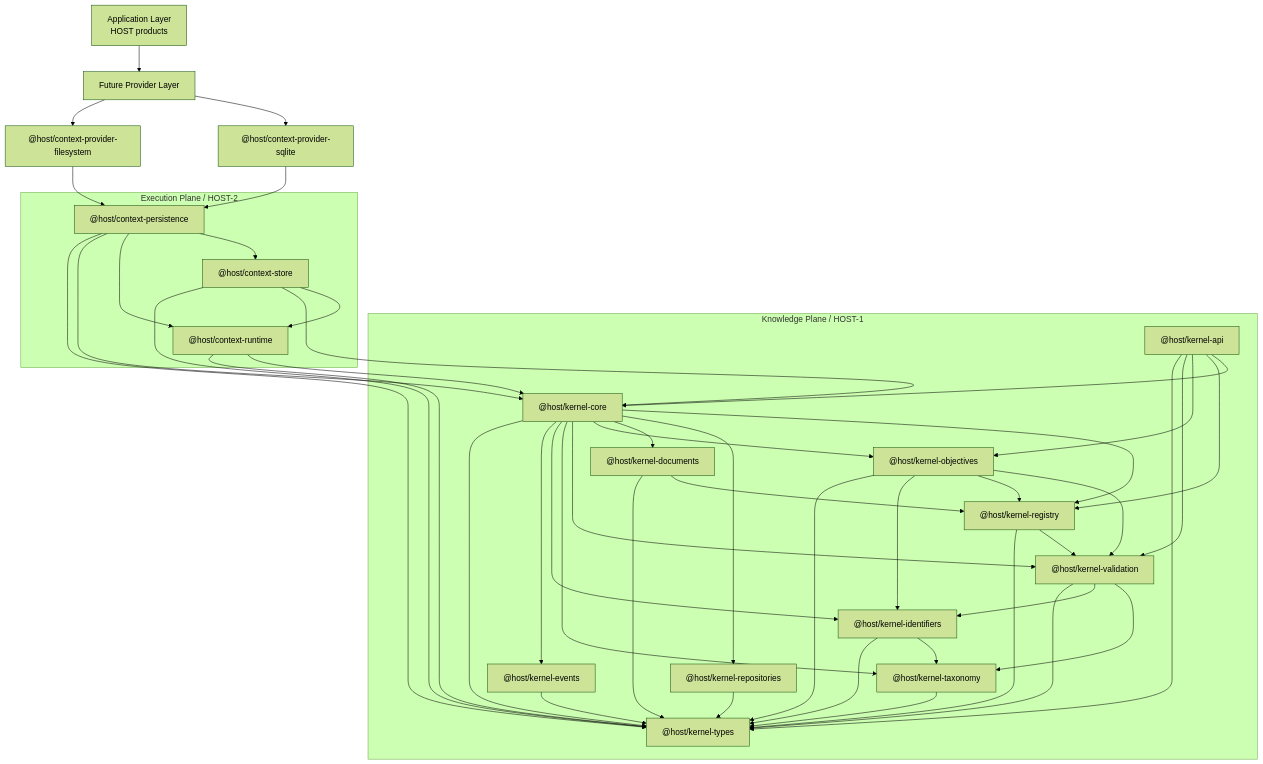
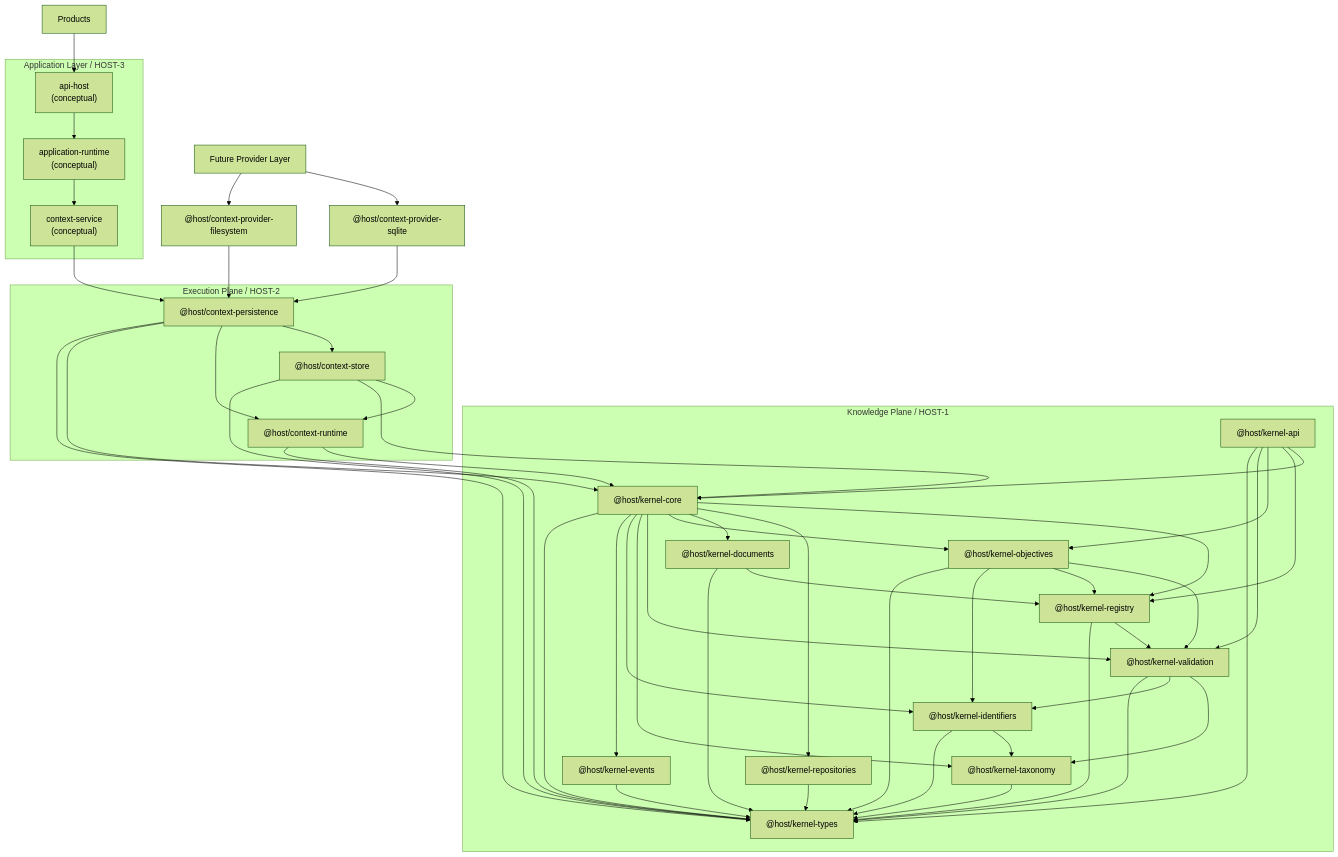
One commit to captjreacher/HOST-kernel changed the diagram in docs/architecture/package-dependency-graph.md. Above: the diagram before and after it, drawn with Mermaid (forest theme). The commit also changed other lines of this file and 9 other files, not shown here.

Commit message:
docs: establish HOST-3 application layer architecture baseline

````diff
--- a/docs/architecture/package-dependency-graph.md
+++ b/docs/architecture/package-dependency-graph.md
@@ -3,72 +3,80 @@
 ```mermaid
 graph TD
   subgraph Knowledge["Knowledge Plane / HOST-1"]
   KTypes["@host/kernel-types"]
   KEvents["@host/kernel-events"]
   KIdentifiers["@host/kernel-identifiers"]
   KTaxonomy["@host/kernel-taxonomy"]
   KValidation["@host/kernel-validation"]
   KObjectives["@host/kernel-objectives"]
   KDocuments["@host/kernel-documents"]
   KRepositories["@host/kernel-repositories"]
   KRegistry["@host/kernel-registry"]
   KCore["@host/kernel-core"]
   KApi["@host/kernel-api"]
   end
 
   subgraph Execution["Execution Plane / HOST-2"]
   CtxRuntime["@host/context-runtime"]
   CtxStore["@host/context-store"]
   CtxPersistence["@host/context-persistence"]
   end
 
   ProviderLayer["Future Provider Layer"]
   CtxFsProvider["@host/context-provider-filesystem"]
   CtxSqliteProvider["@host/context-provider-sqlite"]
-  AppLayer["Application Layer\nHOST products"]
+  subgraph Application["Application Layer / HOST-3"]
+  ContextService["context-service\n(conceptual)"]
+  AppRuntime["application-runtime\n(conceptual)"]
+  ApiHost["api-host\n(conceptual)"]
+  end
+  Products["Products"]
 
   KEvents --> KTypes
   KIdentifiers --> KTypes
   KIdentifiers --> KTaxonomy
   KTaxonomy --> KTypes
   KValidation --> KTypes
   KValidation --> KIdentifiers
   KValidation --> KTaxonomy
   KObjectives --> KTypes
   KObjectives --> KIdentifiers
   KObjectives --> KRegistry
   KObjectives --> KValidation
   KDocuments --> KTypes
   KDocuments --> KRegistry
   KRepositories --> KTypes
   KRegistry --> KTypes
   KRegistry --> KValidation
   KCore --> KTypes
   KCore --> KEvents
   KCore --> KIdentifiers
   KCore --> KTaxonomy
   KCore --> KValidation
   KCore --> KObjectives
   KCore --> KDocuments
   KCore --> KRepositories
   KCore --> KRegistry
   KApi --> KTypes
   KApi --> KValidation
   KApi --> KObjectives
   KApi --> KRegistry
   KApi --> KCore
   CtxRuntime --> KTypes
   CtxRuntime --> KCore
   CtxStore --> KTypes
   CtxStore --> KCore
   CtxStore --> CtxRuntime
   CtxPersistence --> KTypes
   CtxPersistence --> KCore
   CtxPersistence --> CtxRuntime
   CtxPersistence --> CtxStore
   CtxFsProvider --> CtxPersistence
   CtxSqliteProvider --> CtxPersistence
   ProviderLayer --> CtxFsProvider
   ProviderLayer --> CtxSqliteProvider
-  AppLayer --> ProviderLayer
+  ContextService --> CtxPersistence
+  AppRuntime --> ContextService
+  ApiHost --> AppRuntime
+  Products --> ApiHost
 ```
````
